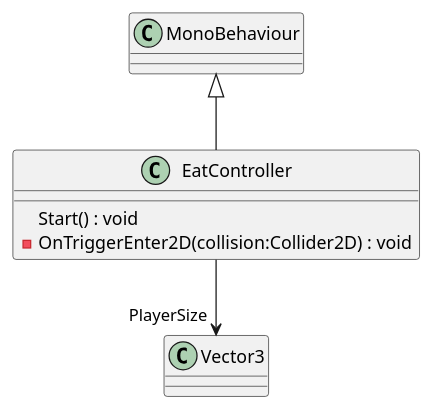
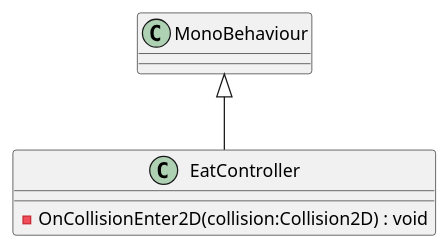
Before and after one commit to MainCastle1212/EverythingEater: the diagram in Assets/Scripts/plantuml/EatController.puml, drawn with PlantUML. The commit also changed 15 other files, not shown here.

```diff
--- a/Assets/Scripts/plantuml/EatController.puml
+++ b/Assets/Scripts/plantuml/EatController.puml
@@ -1,8 +1,6 @@
 @startuml
 class EatController {
-    Start() : void
-    - OnTriggerEnter2D(collision:Collider2D) : void
+    - OnCollisionEnter2D(collision:Collision2D) : void
 }
 MonoBehaviour <|-- EatController
-EatController --> "PlayerSize" Vector3
 @enduml
```
